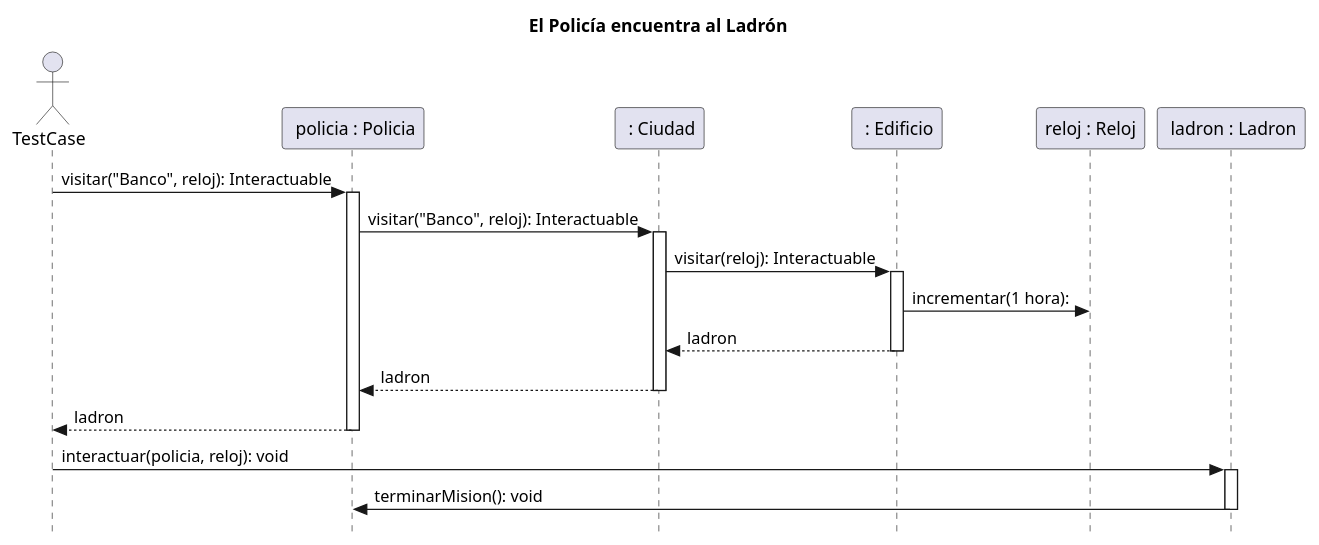
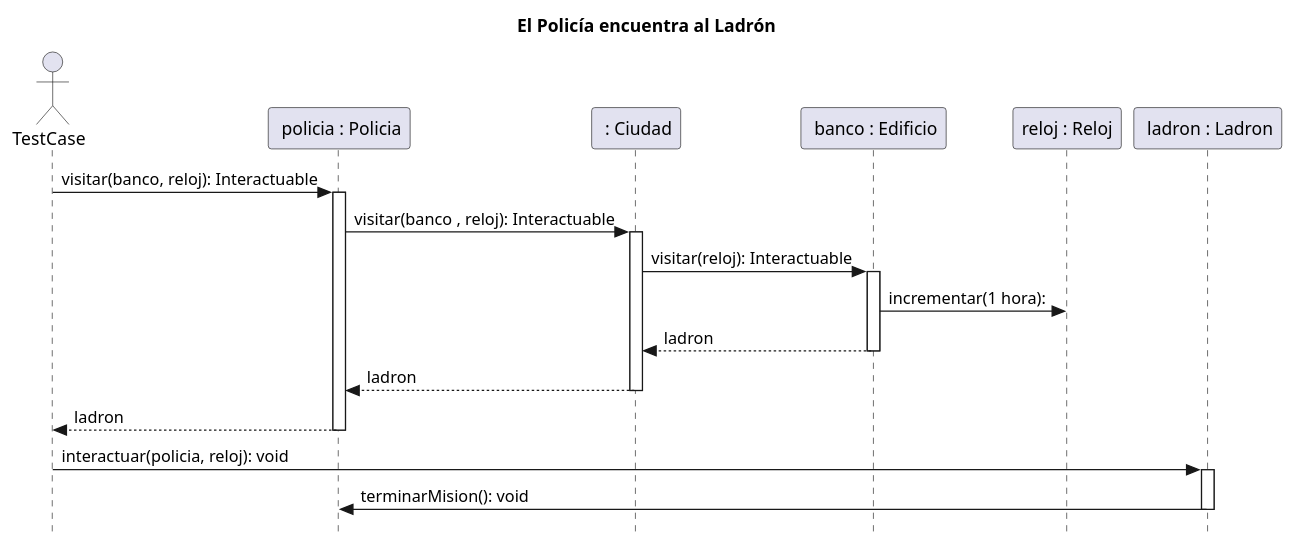
Before and after one commit to martinanus/algo3_tp2: the diagram in diagrams/sequences/PoliciaEncuentraAlLadron.plantuml, drawn with PlantUML. The commit also changed 7 other files, not shown here.

Commit message:
Actualización diagramas UML

```diff
--- a/diagrams/sequences/PoliciaEncuentraAlLadron.plantuml
+++ b/diagrams/sequences/PoliciaEncuentraAlLadron.plantuml
@@ -1,27 +1,27 @@
 @startuml
 skinparam style strictuml
 title:  El Policía encuentra al Ladrón
 actor TestCase
 
 participant " policia : Policia" as policia
 participant " : Ciudad" as ciudad
-participant " : Edificio" as banco
+participant " banco : Edificio" as banco
 participant "reloj : Reloj" as reloj
 participant " ladron : Ladron" as ladron
 
-TestCase -> policia: visitar("Banco", reloj): Interactuable
+TestCase -> policia: visitar(banco, reloj): Interactuable
 activate policia
-policia -> ciudad: visitar("Banco", reloj): Interactuable
+policia -> ciudad: visitar(banco , reloj): Interactuable
 activate ciudad
 ciudad -> banco: visitar(reloj): Interactuable
 activate banco
 banco -> reloj: incrementar(1 hora):
 return ladron
 return ladron
 return ladron
 TestCase -> ladron: interactuar(policia, reloj): void
 activate ladron
 ladron -> policia: terminarMision(): void
 deactivate ladron
 
 @enduml
```
